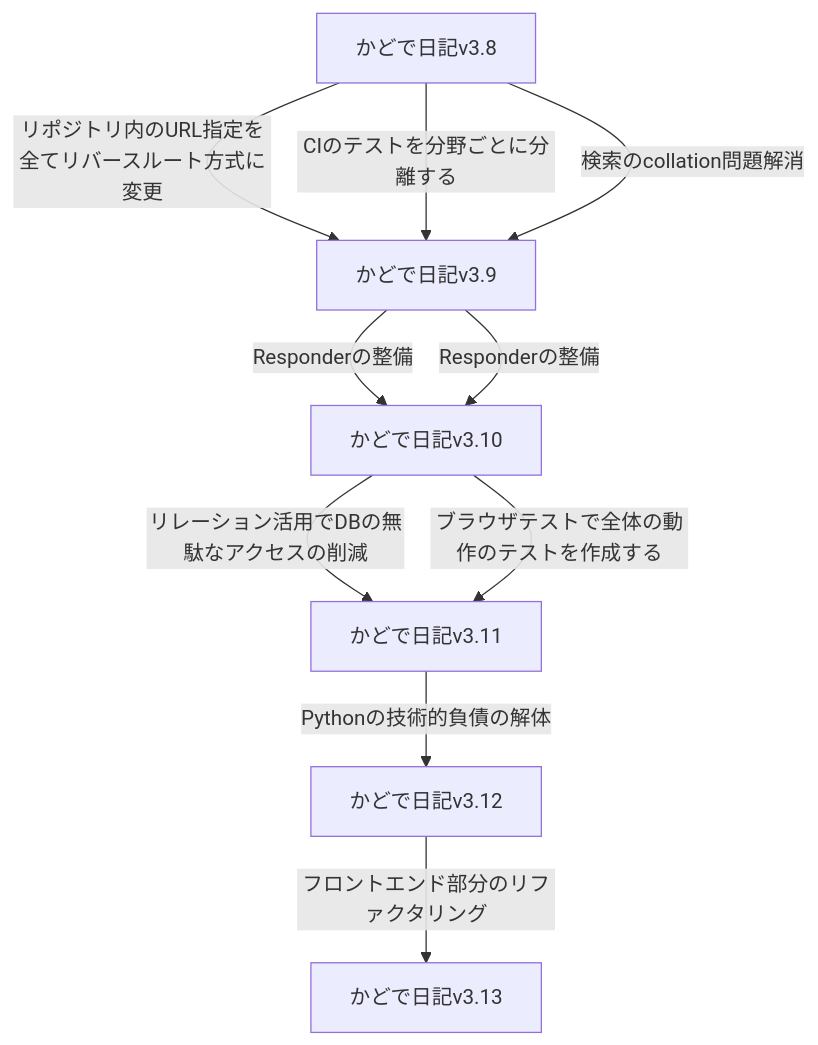
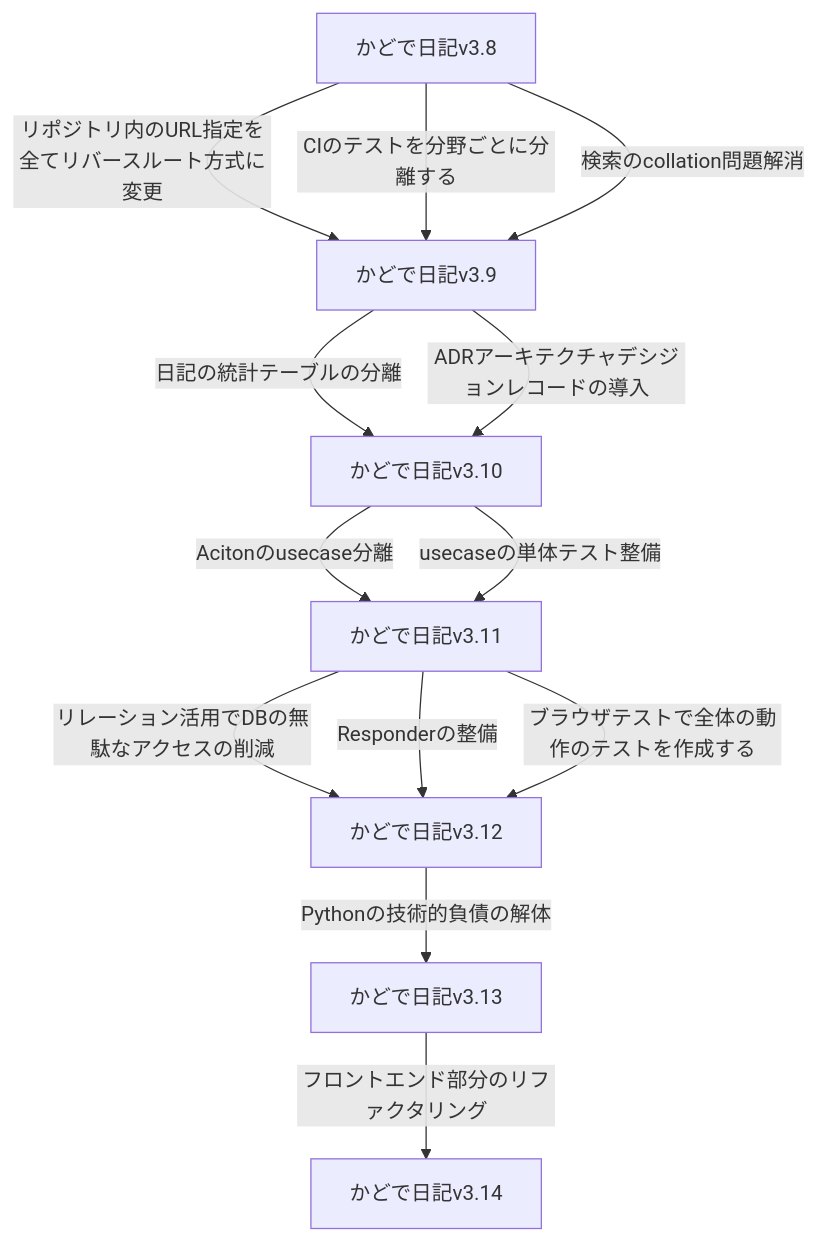
One commit to KadodeProject/kadode_nikki3 changed the diagram in README.md. Above: the diagram before and after it, drawn with Mermaid.

Commit message:
fix 色々不足修正

````diff
--- a/README.md
+++ b/README.md
@@ -63,12 +63,15 @@
 ```mermaid
 flowchart TD
     D[かどで日記v3.8]-->|リポジトリ内のURL指定を全てリバースルート方式に変更|E[かどで日記v3.9]
     D-->|CIのテストを分野ごとに分離する|E
     D-->|検索のcollation問題解消|E
-    E-->|Responderの整備|E_F[かどで日記v3.10]
-    E-->|Responderの整備|E_F
-    E_F-->|リレーション活用でDBの無駄なアクセスの削減|F[かどで日記v3.11]
-    E_F-->|ブラウザテストで全体の動作のテストを作成する|F
-    F-->|Pythonの技術的負債の解体|G[かどで日記v3.12]
-    G-->|フロントエンド部分のリファクタリング|H[かどで日記v3.13]
+    E-->|日記の統計テーブルの分離|E_F[かどで日記v3.10]
+    E-->|ADRアーキテクチャデシジョンレコードの導入|E_F
+    E_F-->|Acitonのusecase分離|E_FF[かどで日記v3.11]
+    E_F-->|usecaseの単体テスト整備|E_FF
+    E_FF-->|リレーション活用でDBの無駄なアクセスの削減|F[かどで日記v3.12]
+    E_FF-->|Responderの整備|F
+    E_FF-->|ブラウザテストで全体の動作のテストを作成する|F
+    F-->|Pythonの技術的負債の解体|G[かどで日記v3.13]
+    G-->|フロントエンド部分のリファクタリング|H[かどで日記v3.14]
 ```
````
